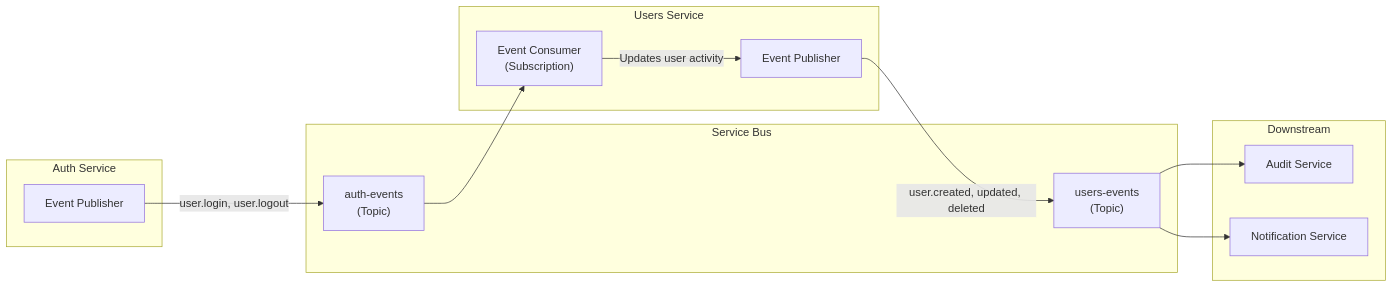
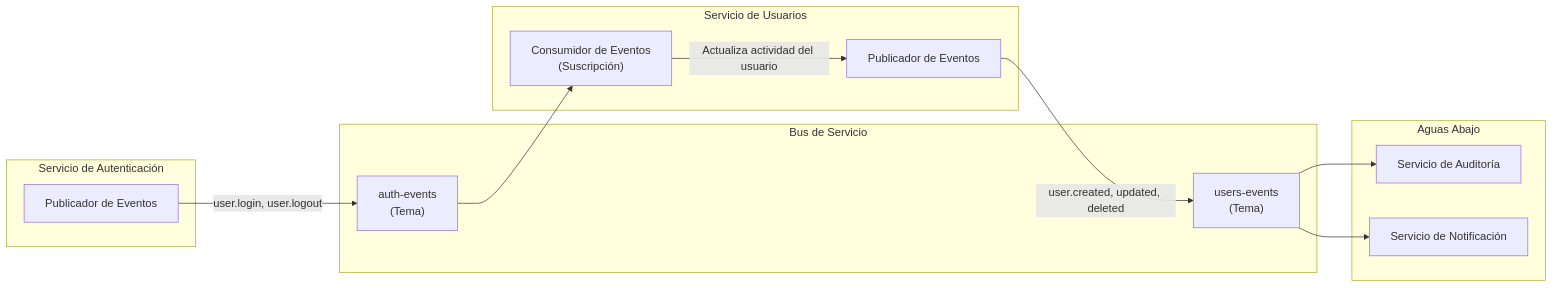
The diagram in docs/api/events.md (nalyd2/users-demo-backstage), drawn with Mermaid before and after one commit. The commit also changed other lines of this file and 52 other files, not shown here.

````diff
--- a/docs/api/events.md
+++ b/docs/api/events.md
@@ -9,25 +9,25 @@
 ```mermaid
 flowchart LR
-    subgraph "Auth Service"
-        auth_pub["Event Publisher"]
+    subgraph "Servicio de Autenticación"
+        auth_pub["Publicador de Eventos"]
     end
-    subgraph "Service Bus"
-        topic_auth["auth-events<br/>(Topic)"]
-        topic_users["users-events<br/>(Topic)"]
+    subgraph "Bus de Servicio"
+        topic_auth["auth-events<br/>(Tema)"]
+        topic_users["users-events<br/>(Tema)"]
     end
-    subgraph "Users Service"
-        user_sub["Event Consumer<br/>(Subscription)"]
-        user_pub["Event Publisher"]
+    subgraph "Servicio de Usuarios"
+        user_sub["Consumidor de Eventos<br/>(Suscripción)"]
+        user_pub["Publicador de Eventos"]
     end
-    subgraph "Downstream"
-        audit["Audit Service"]
-        notification["Notification Service"]
+    subgraph "Aguas Abajo"
+        audit["Servicio de Auditoría"]
+        notification["Servicio de Notificación"]
     end
 
     auth_pub -->|user.login, user.logout| topic_auth
     topic_auth --> user_sub
-    user_sub -->|Updates user activity| user_pub
+    user_sub -->|Actualiza actividad del usuario| user_pub
     user_pub -->|user.created, updated, deleted| topic_users
     topic_users --> audit
     topic_users --> notification
 ```
````
